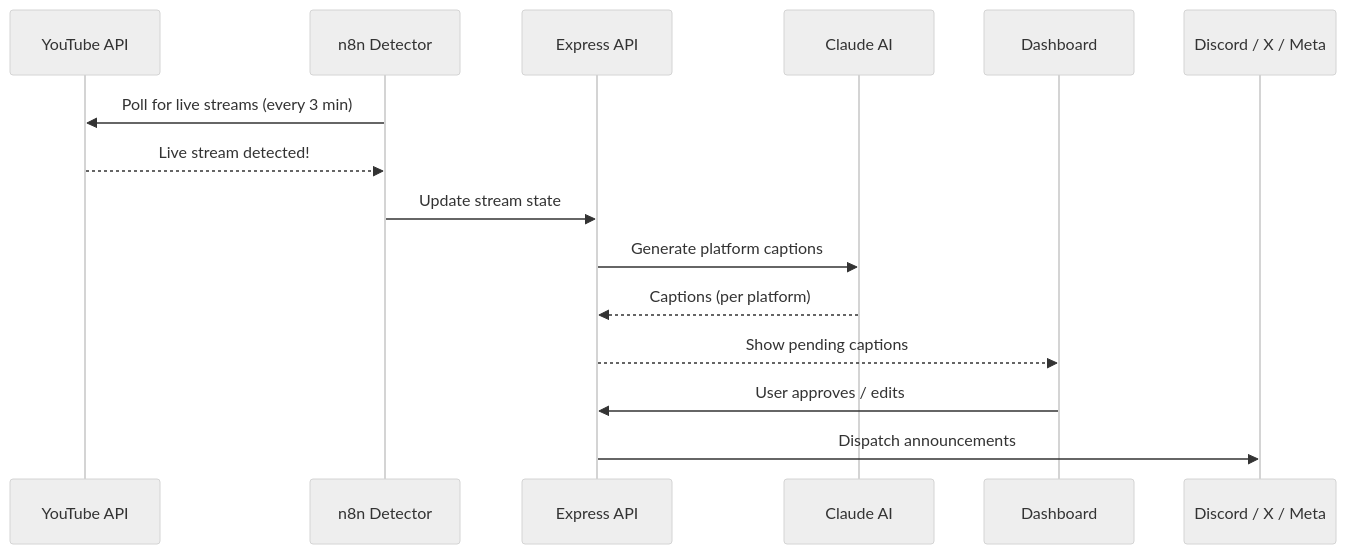
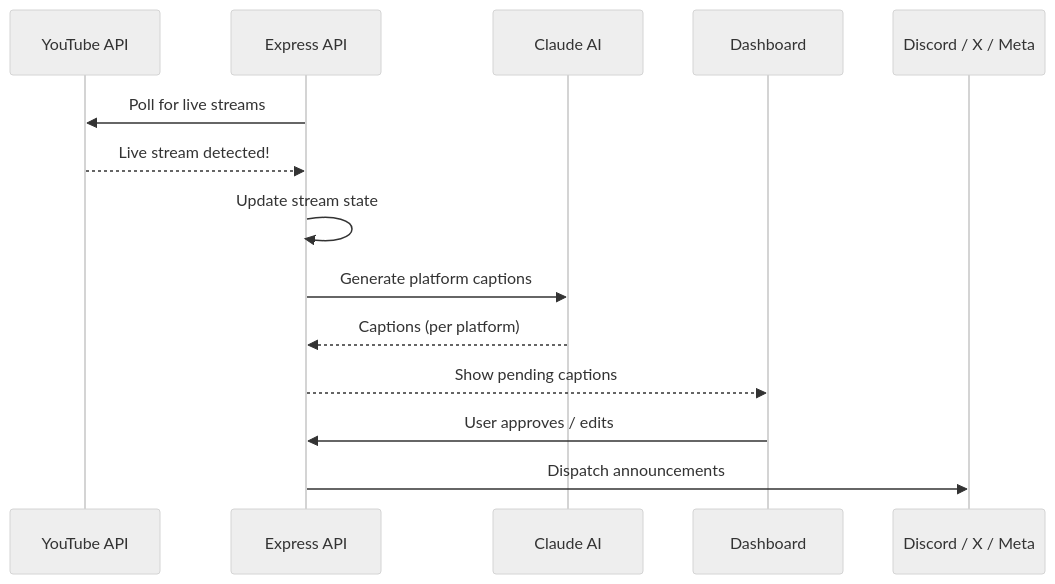
The diagram in docs/using/streamboost/overview.md (InstinctBits/convergioai-docs), drawn with Mermaid (neutral theme) before and after one commit. The commit also changed other lines of this file and 25 other files, not shown here.

````diff
--- a/docs/using/streamboost/overview.md
+++ b/docs/using/streamboost/overview.md
@@ -12,18 +12,17 @@
 ```mermaid
 sequenceDiagram
     participant YT as YouTube API
-    participant n8n as n8n Detector
     participant API as Express API
     participant AI as Claude AI
     participant UI as Dashboard
     participant Platforms as Discord / X / Meta
 
-    n8n->>YT: Poll for live streams (every 3 min)
-    YT-->>n8n: Live stream detected!
-    n8n->>API: Update stream state
+    API->>YT: Poll for live streams
+    YT-->>API: Live stream detected!
+    API->>API: Update stream state
     API->>AI: Generate platform captions
     AI-->>API: Captions (per platform)
     API-->>UI: Show pending captions
     UI->>API: User approves / edits
     API->>Platforms: Dispatch announcements
 ```
````
